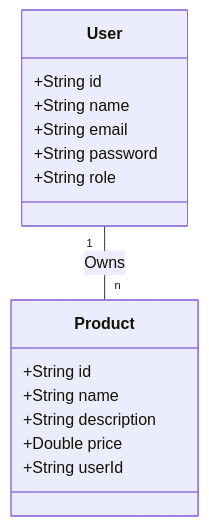
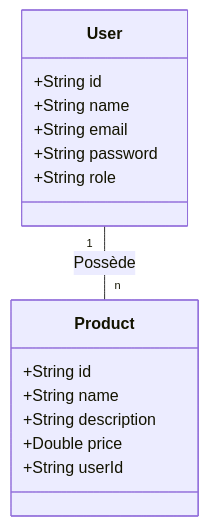
Before and after one commit to Matix7823/java-advanced: the diagram in README.md, drawn with Mermaid. The commit also changed other lines of this file and 12 other files, not shown here.

````diff
--- a/README.md
+++ b/README.md
@@ -20,14 +20,14 @@
 ```mermaid
 classDiagram
-    User "1" -- "n" Product : Owns
+    User "1" -- "n" Product : Possède
     User : +String id
     User : +String name
     User : +String email
     User : +String password
     User : +String role
     Product : +String id
     Product : +String name
     Product : +String description
     Product : +Double price
     Product : +String userId
 ```
````
